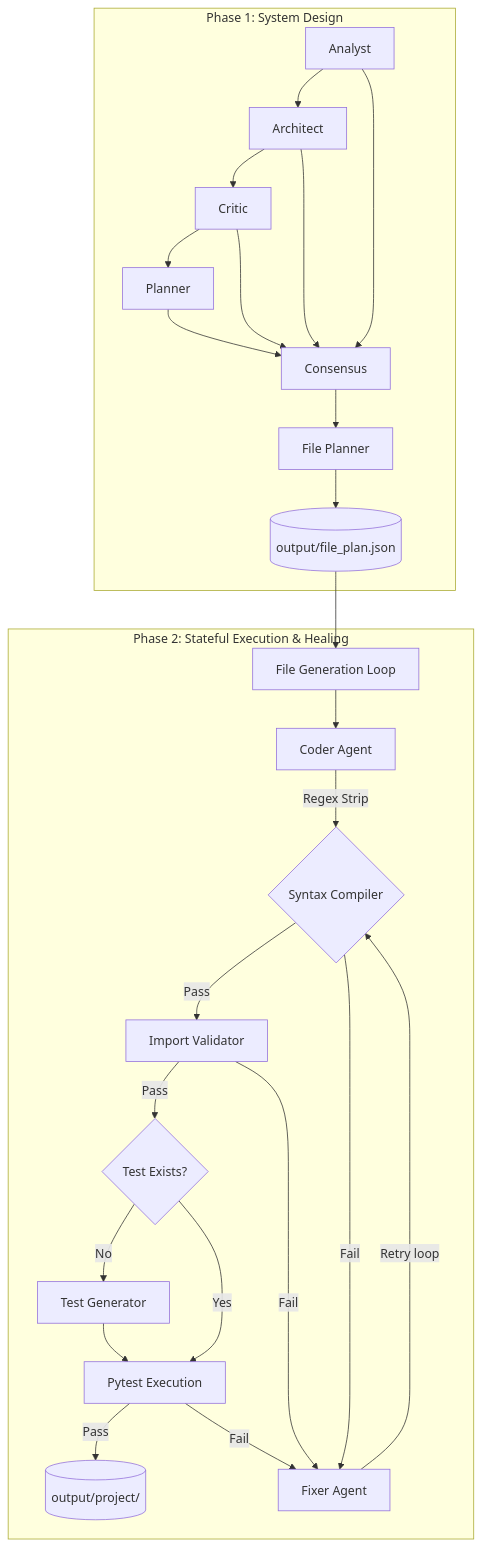
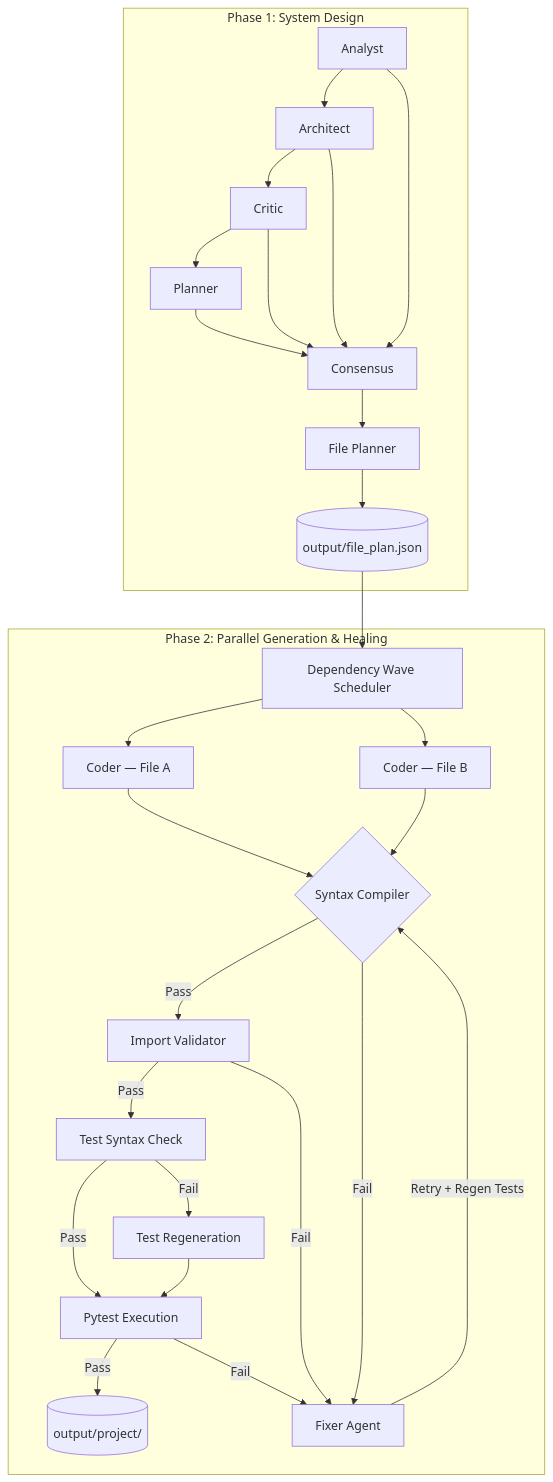
One commit to ShreyanshShakya/agentforge changed the first of 2 diagrams in README.md. Above: the diagram before and after it, drawn with Mermaid. The commit also changed other lines of this file and 31 other files, not shown here.

````diff
--- a/README.md
+++ b/README.md
@@ -49,27 +125,28 @@
 ```mermaid
 flowchart TD
     subgraph Phase 1: System Design
         A[Analyst] --> B[Architect]
         B --> C[Critic]
         C --> D[Planner]
         A & B & C & D --> E[Consensus]
         E --> F[File Planner]
         F --> G[(output/file_plan.json)]
     end
-    
-    subgraph Phase 2: Stateful Execution & Healing
-        G --> H[File Generation Loop]
-        H --> I[Coder Agent]
-        I -->|Regex Strip| J{Syntax Compiler}
+
+    subgraph Phase 2: Parallel Generation & Healing
+        G --> H[Dependency Wave Scheduler]
+        H --> I1[Coder — File A]
+        H --> I2[Coder — File B]
+        I1 & I2 --> J{Syntax Compiler}
         J -- Pass --> K[Import Validator]
         J -- Fail --> L[Fixer Agent]
-        K -- Pass --> M{Test Exists?}
+        K -- Pass --> M[Test Syntax Check]
         K -- Fail --> L
-        M -- No --> N[Test Generator]
-        M -- Yes --> O[Pytest Execution]
-        N --> O
-        O -- Pass --> P[(output/project/)]
-        O -- Fail --> L
-        L -- Retry loop --> J
+        M -- Pass --> N[Pytest Execution]
+        M -- Fail --> O[Test Regeneration]
+        O --> N
+        N -- Pass --> P[(output/project/)]
+        N -- Fail --> L
+        L -- Retry + Regen Tests --> J
     end
 ```
````
